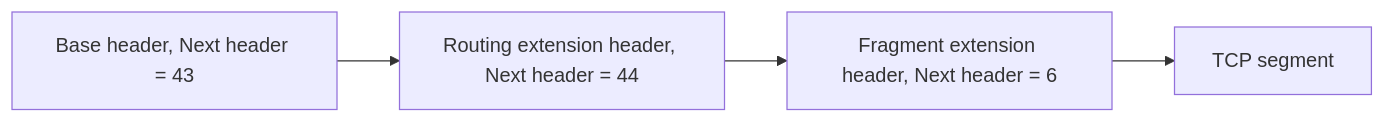
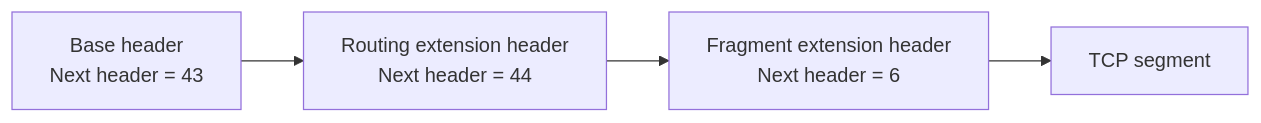
Before and after one commit to FahimMashroor/Chalmers_CSC: diagram 24 of 37 in EDA387-Computer-Networks/03-IPv6.md, drawn with Mermaid. The commit also changed other lines of this file, not shown here.

Commit message:
Rewrite 03 IPv6 in simple language with examples and diagrams

````diff
--- a/EDA387-Computer-Networks/03-IPv6.md
+++ b/EDA387-Computer-Networks/03-IPv6.md
@@ -717,6 +1017,6 @@
 ```mermaid
 flowchart LR
-  B["Base header, Next header = 43"] --> RH["Routing extension header, Next header = 44"]
-  RH --> FH["Fragment extension header, Next header = 6"]
+  B["Base header<br/>Next header = 43"] --> RH["Routing extension header<br/>Next header = 44"]
+  RH --> FH["Fragment extension header<br/>Next header = 6"]
   FH --> T["TCP segment"]
 ```
````
